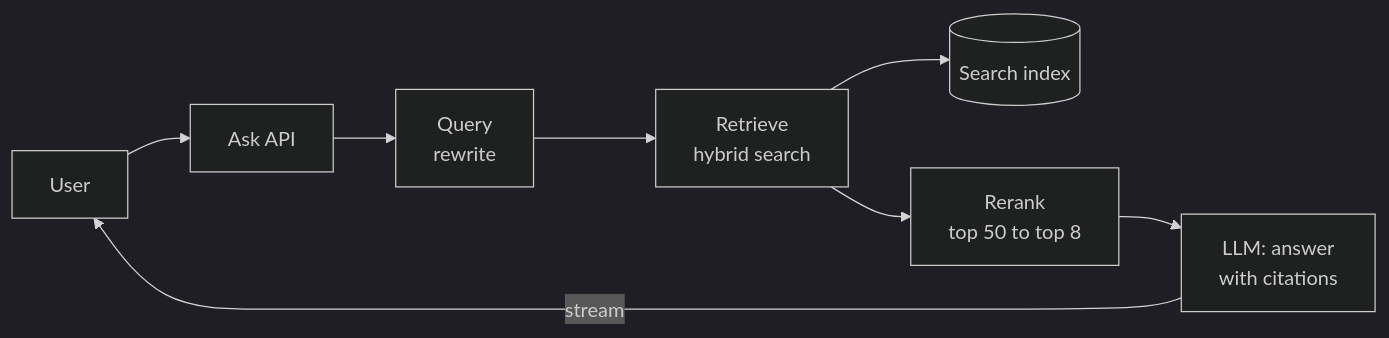
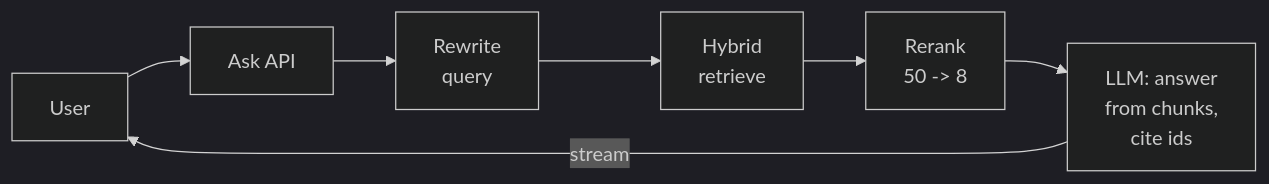
Before and after one commit to shubamchaudhary/CodeNITW: the second of 2 diagrams in src/Data/aiStackDocs/DP-01.md, drawn with Mermaid (dark theme). The commit also changed other lines of this file and 15 other files, not shown here.

````diff
--- a/src/Data/aiStackDocs/DP-01.md
+++ b/src/Data/aiStackDocs/DP-01.md
@@ -97,10 +85,9 @@
 ```mermaid
 flowchart LR
     U["User"] --> API["Ask API"]
-    API --> RW["Query<br/>rewrite"]
-    RW --> RET["Retrieve<br/>hybrid search"]
-    RET --> IDX[("Search index")]
-    RET --> RR["Rerank<br/>top 50 to top 8"]
-    RR --> GEN["LLM: answer<br/>with citations"]
+    API --> RW["Rewrite<br/>query"]
+    RW --> RET["Hybrid<br/>retrieve"]
+    RET --> RR["Rerank<br/>50 -> 8"]
+    RR --> GEN["LLM: answer<br/>from chunks,<br/>cite ids"]
     GEN -->|"stream"| U
 ```
````
